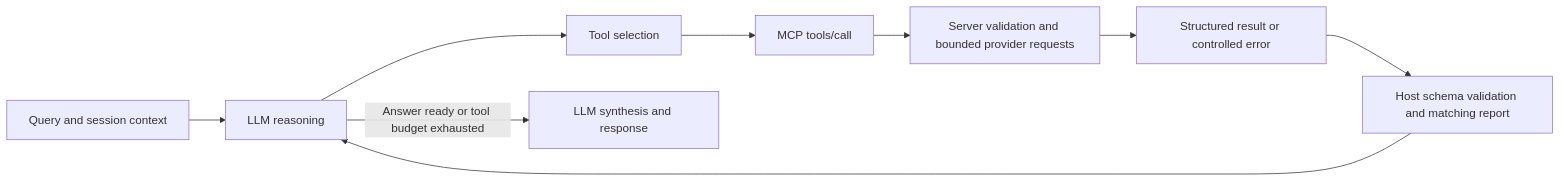
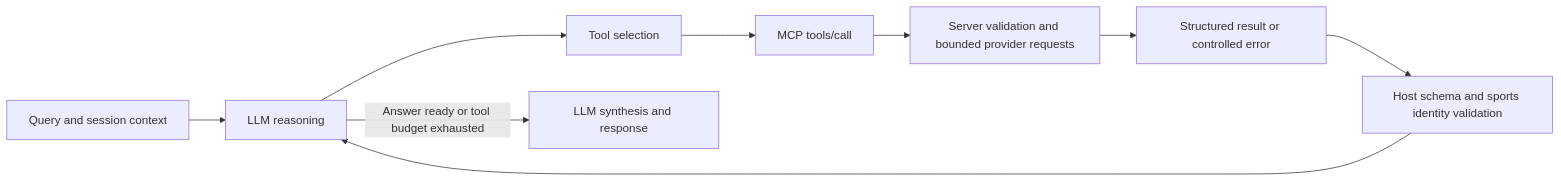
Before and after one commit to waderylan/prediction-market-agent: the second of 3 diagrams in README.md, drawn with Mermaid. The commit also changed other lines of this file and 20 other files, not shown here.

````diff
--- a/README.md
+++ b/README.md
@@ -225,11 +249,11 @@
 ```mermaid
 flowchart LR
     Q[Query and session context] --> R[LLM reasoning]
     R --> T[Tool selection]
     T --> C[MCP tools/call]
     C --> S[Server validation and bounded provider requests]
     S --> V[Structured result or controlled error]
-    V --> H[Host schema validation and matching report]
+    V --> H[Host schema and sports identity validation]
     H --> R
     R -->|Answer ready or tool budget exhausted| O[LLM synthesis and response]
 ```
````
